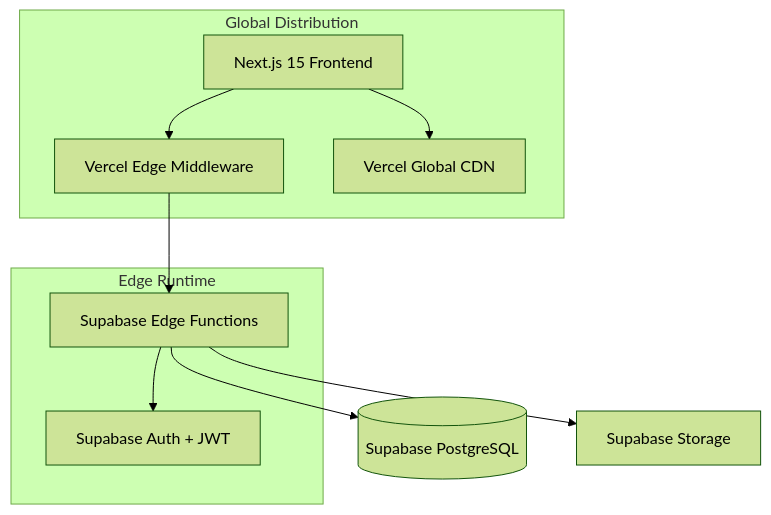
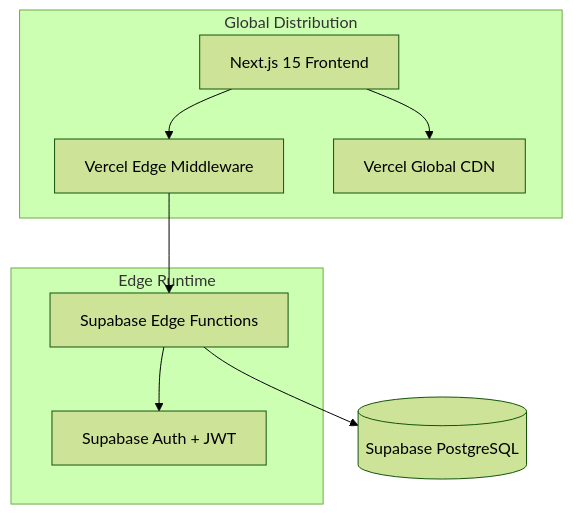
One commit to kdesigncreate/RWS changed the diagram in README.md. Above: the diagram before and after it, drawn with Mermaid (forest theme). The commit also changed other lines of this file and 51 other files, not shown here.

````diff
--- a/README.md
+++ b/README.md
@@ -23,20 +25,19 @@
 ```mermaid
 graph TB
     Client[Next.js 15 Frontend] --> Middleware[Vercel Edge Middleware]
     Middleware --> Functions[Supabase Edge Functions]
     Functions --> DB[(Supabase PostgreSQL)]
     Functions --> Auth[Supabase Auth + JWT]
     Client --> CDN[Vercel Global CDN]
-    Functions --> Storage[Supabase Storage]
     
     subgraph "Edge Runtime"
         Functions
         Auth
     end
     
     subgraph "Global Distribution"
         Client
         CDN
         Middleware
     end
 ```
````
